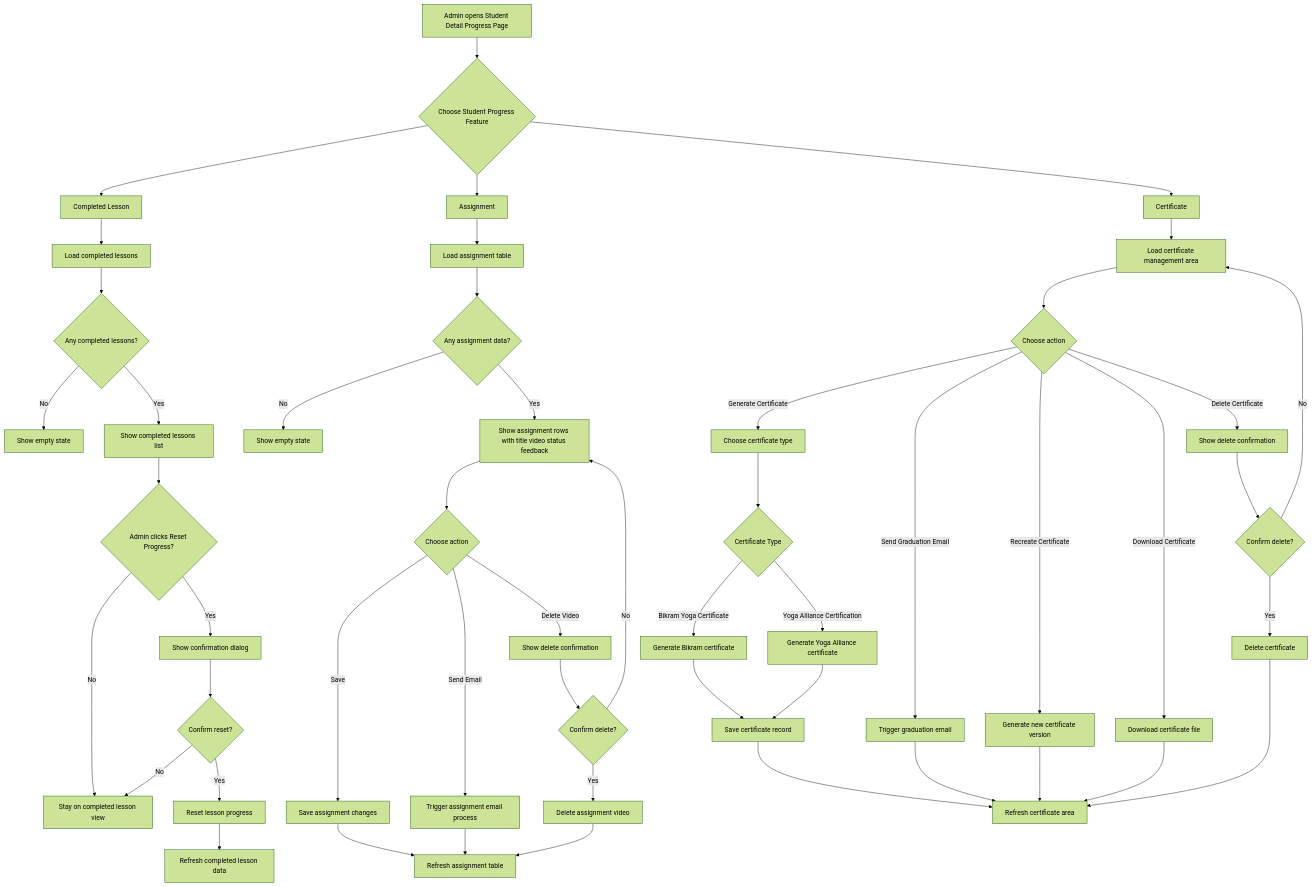
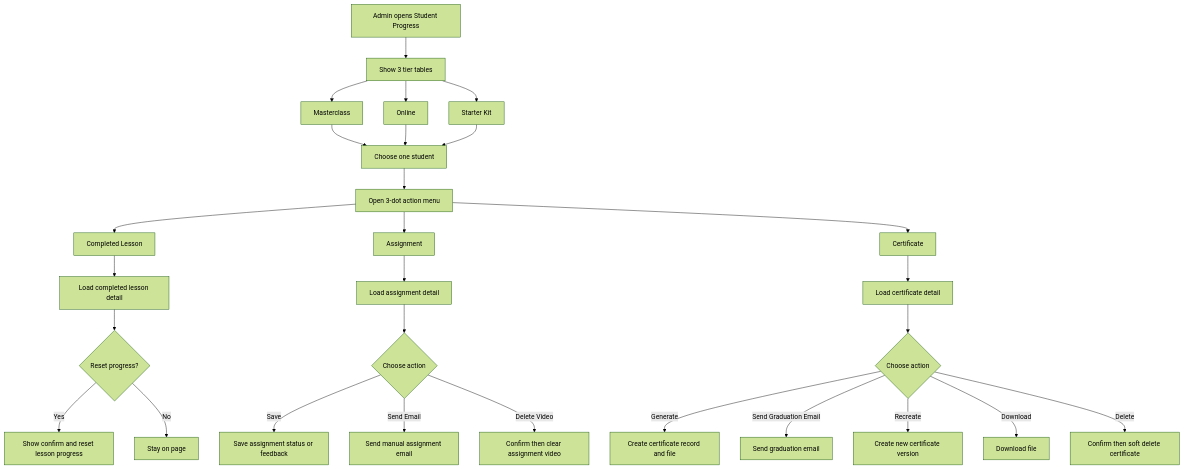
Before and after one commit to weslyambaritaa/YogaFX-Learning-Management-System-Web: the diagram in docs/mermaid/student-progress-flow.mmd, drawn with Mermaid (forest theme). The commit also changed 44 other files, not shown here.

Commit message:
docs: refresh project documentation, flows, and diagrams as source of truth

```diff
--- a/docs/mermaid/student-progress-flow.mmd
+++ b/docs/mermaid/student-progress-flow.mmd
@@ -1,58 +1,33 @@
 flowchart TD
+    A[Admin opens Student Progress] --> B[Show 3 tier tables]
+    B --> C[Masterclass]
+    B --> D[Online]
+    B --> E[Starter Kit]
 
-    A[Admin opens Student Detail Progress Page] --> B{Choose Student Progress Feature}
+    C --> F[Choose one student]
+    D --> F
+    E --> F
 
-    B --> C[Completed Lesson]
-    B --> D[Assignment]
-    B --> E[Certificate]
+    F --> G[Open 3-dot action menu]
+    G --> H[Completed Lesson]
+    G --> I[Assignment]
+    G --> J[Certificate]
 
-    %% Completed Lesson
-    C --> C1[Load completed lessons]
-    C1 --> C2{Any completed lessons?}
-    C2 -->|No| C3[Show empty state]
-    C2 -->|Yes| C4[Show completed lessons list]
-    C4 --> C5{Admin clicks Reset Progress?}
-    C5 -->|No| C6[Stay on completed lesson view]
-    C5 -->|Yes| C7[Show confirmation dialog]
-    C7 --> C8{Confirm reset?}
-    C8 -->|No| C6
-    C8 -->|Yes| C9[Reset lesson progress]
-    C9 --> C10[Refresh completed lesson data]
+    H --> K[Load completed lesson detail]
+    K --> L{Reset progress?}
+    L -->|Yes| M[Show confirm and reset lesson progress]
+    L -->|No| N[Stay on page]
 
-    %% Assignment
-    D --> D1[Load assignment table]
-    D1 --> D2{Any assignment data?}
-    D2 -->|No| D3[Show empty state]
-    D2 -->|Yes| D4[Show assignment rows with title video status feedback]
-    D4 --> D5{Choose action}
-    D5 -->|Save| D6[Save assignment changes]
-    D5 -->|Send Email| D7[Trigger assignment email process]
-    D5 -->|Delete Video| D8[Show delete confirmation]
-    D8 --> D9{Confirm delete?}
-    D9 -->|No| D4
-    D9 -->|Yes| D10[Delete assignment video]
-    D6 --> D11[Refresh assignment table]
-    D7 --> D11
-    D10 --> D11
+    I --> O[Load assignment detail]
+    O --> P{Choose action}
+    P -->|Save| Q[Save assignment status or feedback]
+    P -->|Send Email| R[Send manual assignment email]
+    P -->|Delete Video| S[Confirm then clear assignment video]
 
-    %% Certificate
-    E --> E1[Load certificate management area]
-    E1 --> E2{Choose action}
-    E2 -->|Generate Certificate| E3[Choose certificate type]
-    E3 --> E4{Certificate Type}
-    E4 -->|Bikram Yoga Certificate| E5[Generate Bikram certificate]
-    E4 -->|Yoga Alliance Certification| E6[Generate Yoga Alliance certificate]
-    E5 --> E7[Save certificate record]
-    E6 --> E7
-    E2 -->|Send Graduation Email| E8[Trigger graduation email]
-    E2 -->|Recreate Certificate| E9[Generate new certificate version]
-    E2 -->|Download Certificate| E10[Download certificate file]
-    E2 -->|Delete Certificate| E11[Show delete confirmation]
-    E11 --> E12{Confirm delete?}
-    E12 -->|No| E1
-    E12 -->|Yes| E13[Delete certificate]
-    E7 --> E14[Refresh certificate area]
-    E8 --> E14
-    E9 --> E14
-    E10 --> E14
-    E13 --> E14
+    J --> T[Load certificate detail]
+    T --> U{Choose action}
+    U -->|Generate| V[Create certificate record and file]
+    U -->|Send Graduation Email| W[Send graduation email]
+    U -->|Recreate| X[Create new certificate version]
+    U -->|Download| Y[Download file]
+    U -->|Delete| Z[Confirm then soft delete certificate]
```
